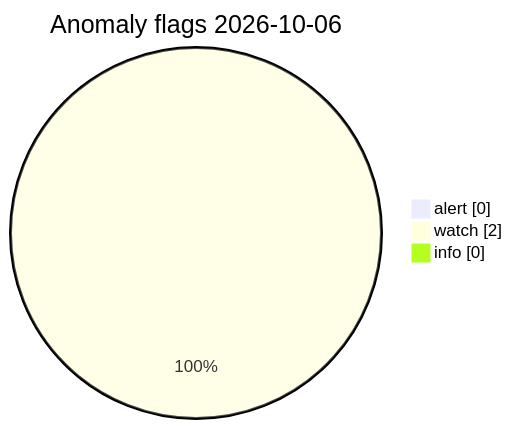
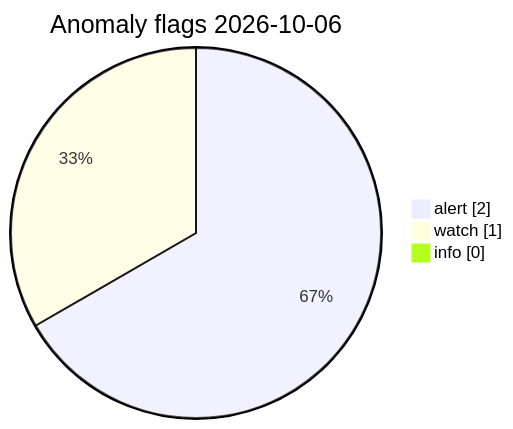
One commit to Midwest-Stratospheric/Unified-Open-Global-Weather changed the diagram in visuals/2026-10-06/CHARTS.md. Above: the diagram before and after it, drawn with Mermaid. The commit also changed other lines of this file and 13 other files, not shown here.

Commit message:
data(visuals): automated charts 2026-10-06T16:09Z

````diff
--- a/visuals/2026-10-06/CHARTS.md
+++ b/visuals/2026-10-06/CHARTS.md
@@ -73,7 +73,7 @@
 ```mermaid
 pie showData
   title Anomaly flags 2026-10-06
-  "alert" : 0
-  "watch" : 2
+  "alert" : 2
+  "watch" : 1
   "info" : 0
 ```
````
